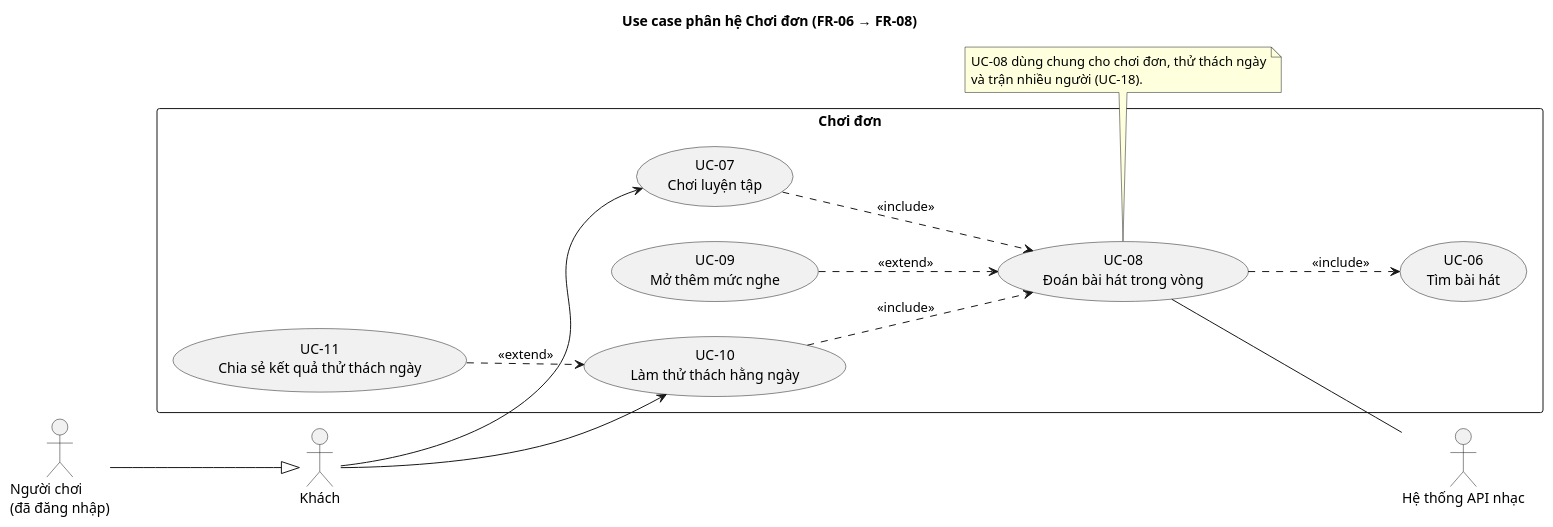
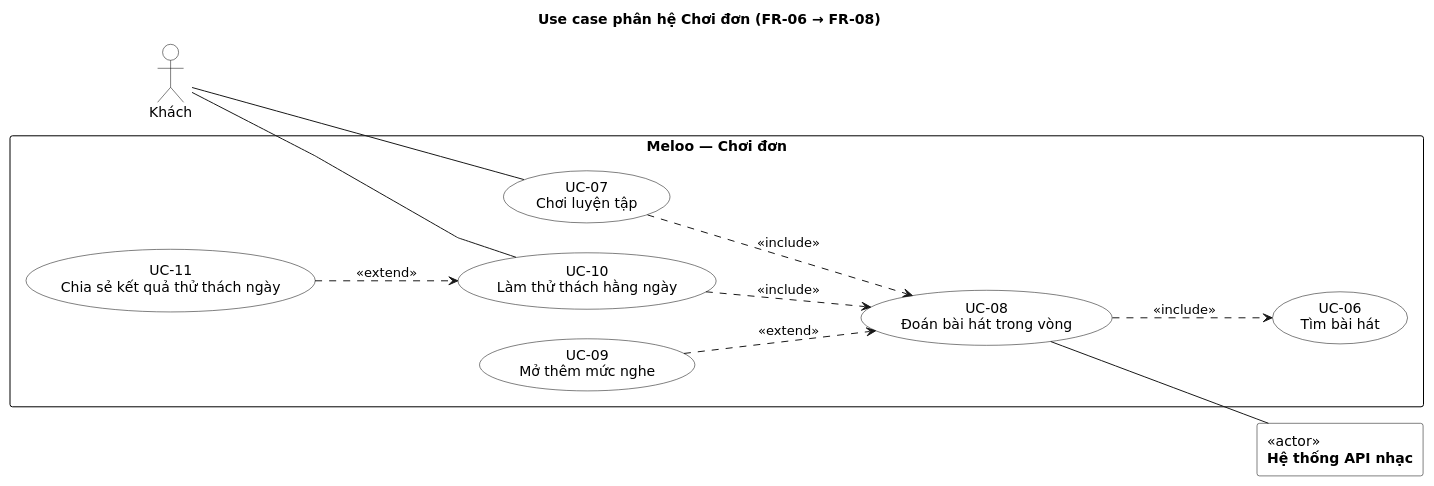
One commit to ThaiDevv/meloo changed the diagram in docs/uml/usecase/uc-02-choi-don.puml. Above: the diagram before and after it, drawn with PlantUML. The commit also changed 12 other files, not shown here.

Commit message:
docs(uml): vẽ lại sơ đồ use case theo khung hệ thống, đủ 34 use case

```diff
--- a/docs/uml/usecase/uc-02-choi-don.puml
+++ b/docs/uml/usecase/uc-02-choi-don.puml
@@ -1,36 +1,40 @@
 @startuml uc-02-choi-don
 title Use case phân hệ Chơi đơn (FR-06 → FR-08)
 left to right direction
 skinparam shadowing false
-skinparam packageStyle rectangle
+skinparam linetype polyline
+skinparam nodesep 30
+skinparam ranksep 80
+skinparam defaultFontName DejaVu Sans
+skinparam usecase {
+  BackgroundColor white
+  BorderColor black
+}
+skinparam actor {
+  BackgroundColor white
+  BorderColor black
+}
+skinparam rectangle {
+  BackgroundColor white
+  BorderColor black
+}
 
 actor "Khách" as Khach
-actor "Người chơi\n(đã đăng nhập)" as NguoiChoi
-actor "Hệ thống API nhạc" as MusicAPI
-
-NguoiChoi --|> Khach
-
-rectangle "Chơi đơn" {
-  usecase "UC-06\nTìm bài hát" as UC06
+rectangle "<<actor>>\n**Hệ thống API nhạc**" as Music
+rectangle "**Meloo — Chơi đơn**" {
   usecase "UC-07\nChơi luyện tập" as UC07
-  usecase "UC-08\nĐoán bài hát trong vòng" as UC08
-  usecase "UC-09\nMở thêm mức nghe" as UC09
   usecase "UC-10\nLàm thử thách hằng ngày" as UC10
   usecase "UC-11\nChia sẻ kết quả thử thách ngày" as UC11
+  usecase "UC-09\nMở thêm mức nghe" as UC09
+  usecase "UC-08\nĐoán bài hát trong vòng" as UC08
+  usecase "UC-06\nTìm bài hát" as UC06
 }
-
-Khach --> UC07
-Khach --> UC10
-
+Khach -- UC07
+Khach -- UC10
 UC07 ..> UC08 : <<include>>
 UC10 ..> UC08 : <<include>>
-UC08 ..> UC06 : <<include>>
 UC09 ..> UC08 : <<extend>>
 UC11 ..> UC10 : <<extend>>
-UC08 -- MusicAPI
-
-note bottom of UC08
-  UC-08 dùng chung cho chơi đơn, thử thách ngày
-  và trận nhiều người (UC-18).
-end note
+UC08 ..> UC06 : <<include>>
+UC08 -- Music
 @enduml
```
